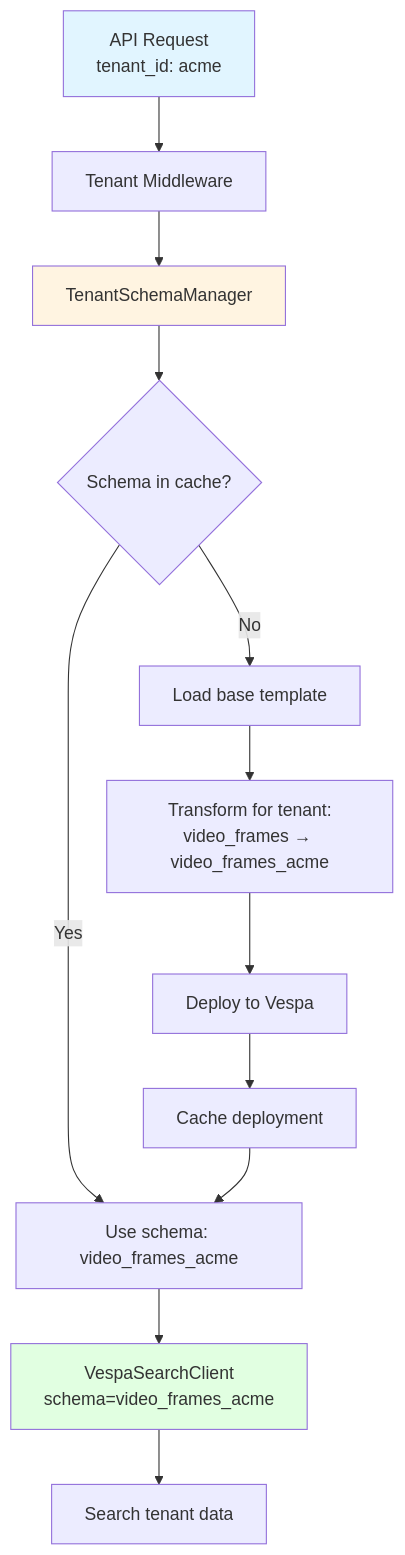
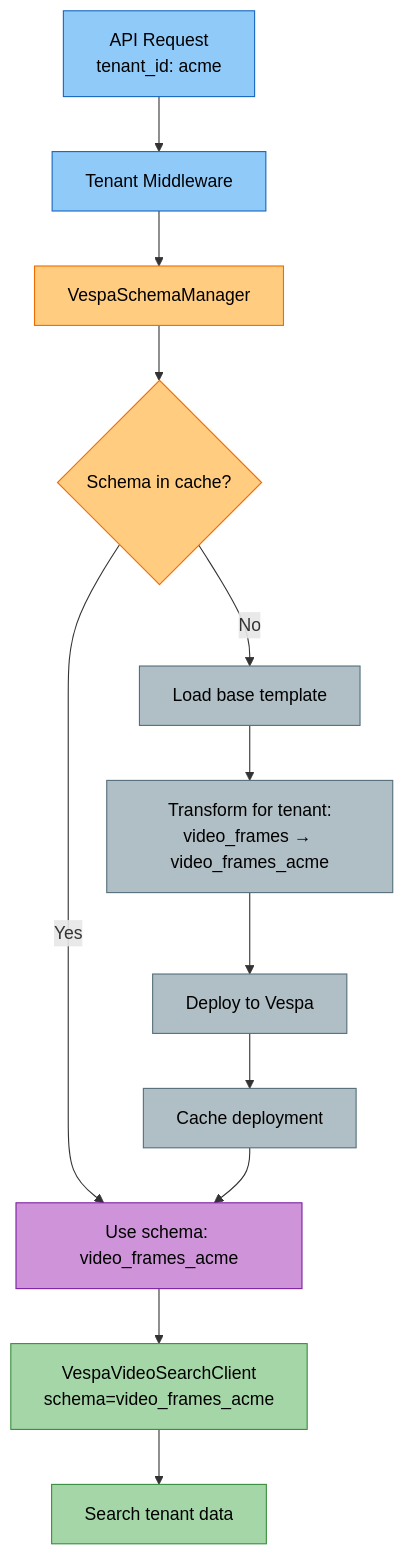
The eighth of 9 diagrams in docs/modules/backends.md (amit-jain/cogniverse), drawn with Mermaid before and after one commit. The commit also changed other lines of this file and 83 other files, not shown here.

First line of the commit message:
Fix documentation veracity, formatting, and diagrams across all modules

````diff
--- a/docs/modules/backends.md
+++ b/docs/modules/backends.md
@@ -1132,21 +1234,29 @@
 ```mermaid
-graph TB
-    API[API Request<br/>tenant_id: acme] --> Middleware[Tenant Middleware]
-    Middleware --> SchemaManager[TenantSchemaManager]
+flowchart TB
+    API["<span style='color:#000'>API Request<br/>tenant_id: acme</span>"] --> Middleware["<span style='color:#000'>Tenant Middleware</span>"]
+    Middleware --> SchemaManager["<span style='color:#000'>VespaSchemaManager</span>"]
 
-    SchemaManager --> CheckCache{Schema in cache?}
-    CheckCache -->|Yes| UseSchema[Use schema: video_frames_acme]
-    CheckCache -->|No| LoadTemplate[Load base template]
+    SchemaManager --> CheckCache{"<span style='color:#000'>Schema in cache?</span>"}
+    CheckCache -->|Yes| UseSchema["<span style='color:#000'>Use schema: video_frames_acme</span>"]
+    CheckCache -->|No| LoadTemplate["<span style='color:#000'>Load base template</span>"]
 
-    LoadTemplate --> Transform[Transform for tenant:<br/>video_frames → video_frames_acme]
-    Transform --> Deploy[Deploy to Vespa]
-    Deploy --> Cache[Cache deployment]
+    LoadTemplate --> Transform["<span style='color:#000'>Transform for tenant:<br/>video_frames → video_frames_acme</span>"]
+    Transform --> Deploy["<span style='color:#000'>Deploy to Vespa</span>"]
+    Deploy --> Cache["<span style='color:#000'>Cache deployment</span>"]
     Cache --> UseSchema
 
-    UseSchema --> VespaClient[VespaSearchClient<br/>schema=video_frames_acme]
-    VespaClient --> Search[Search tenant data]
+    UseSchema --> VespaClient["<span style='color:#000'>VespaVideoSearchClient<br/>schema=video_frames_acme</span>"]
+    VespaClient --> Search["<span style='color:#000'>Search tenant data</span>"]
 
-    style API fill:#e1f5ff
-    style SchemaManager fill:#fff4e1
-    style VespaClient fill:#e1ffe1
+    style API fill:#90caf9,stroke:#1565c0,color:#000
+    style Middleware fill:#90caf9,stroke:#1565c0,color:#000
+    style SchemaManager fill:#ffcc80,stroke:#ef6c00,color:#000
+    style CheckCache fill:#ffcc80,stroke:#ef6c00,color:#000
+    style UseSchema fill:#ce93d8,stroke:#7b1fa2,color:#000
+    style LoadTemplate fill:#b0bec5,stroke:#546e7a,color:#000
+    style Transform fill:#b0bec5,stroke:#546e7a,color:#000
+    style Deploy fill:#b0bec5,stroke:#546e7a,color:#000
+    style Cache fill:#b0bec5,stroke:#546e7a,color:#000
+    style VespaClient fill:#a5d6a7,stroke:#388e3c,color:#000
+    style Search fill:#a5d6a7,stroke:#388e3c,color:#000
 ```
````
